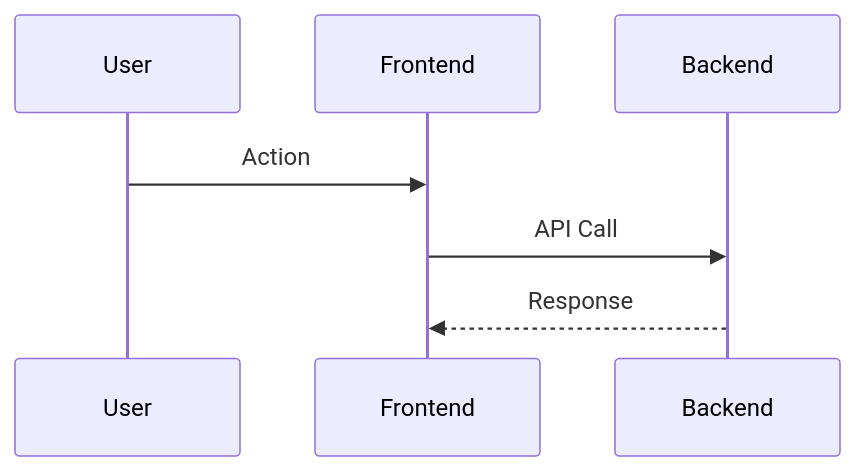
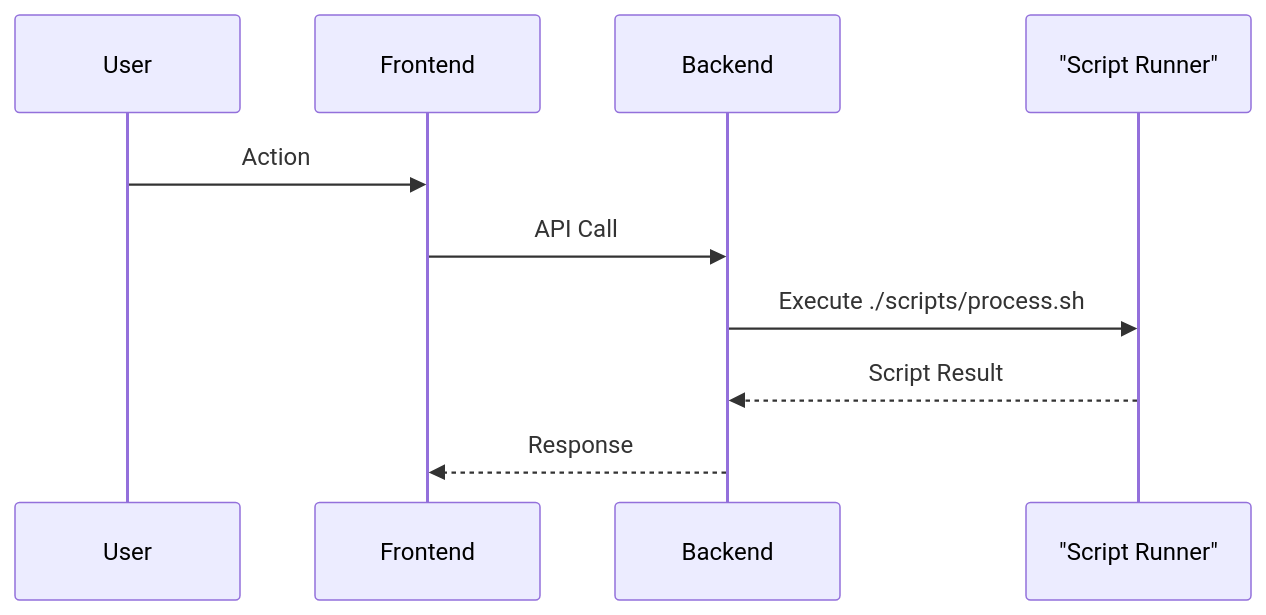
Before and after one commit to simonesgit/llm_prompts: the second of 2 diagrams in llm_project_analysis_prompts/01_comprehensive_project_analysis_prompt.md, drawn with Mermaid. The commit also changed other lines of this file and 3 other files, not shown here.

First line of the commit message:
Add graph validation prompt and enhance script path documentation

````diff
--- a/llm_project_analysis_prompts/01_comprehensive_project_analysis_prompt.md
+++ b/llm_project_analysis_prompts/01_comprehensive_project_analysis_prompt.md
@@ -156,9 +168,13 @@
 ```mermaid
 sequenceDiagram
     participant User
     participant Frontend
     participant Backend
+    participant ScriptRunner as "Script Runner"
+    
     User->>Frontend: Action
     Frontend->>Backend: API Call
+    Backend->>ScriptRunner: Execute ./scripts/process.sh
+    ScriptRunner-->>Backend: Script Result
     Backend-->>Frontend: Response
 ```
````
